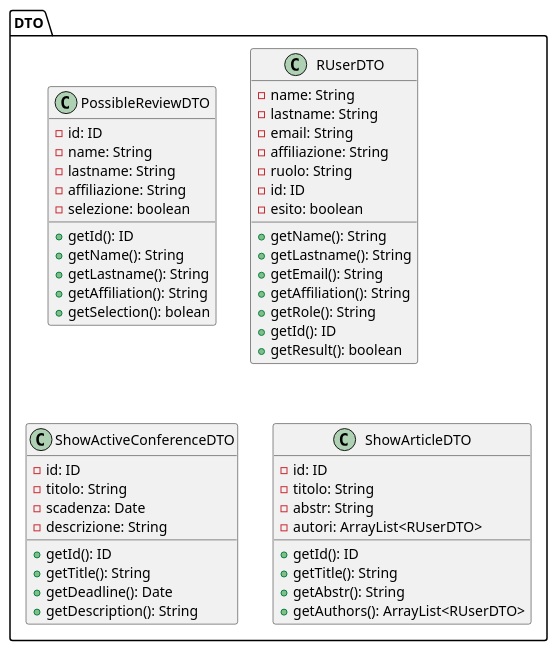
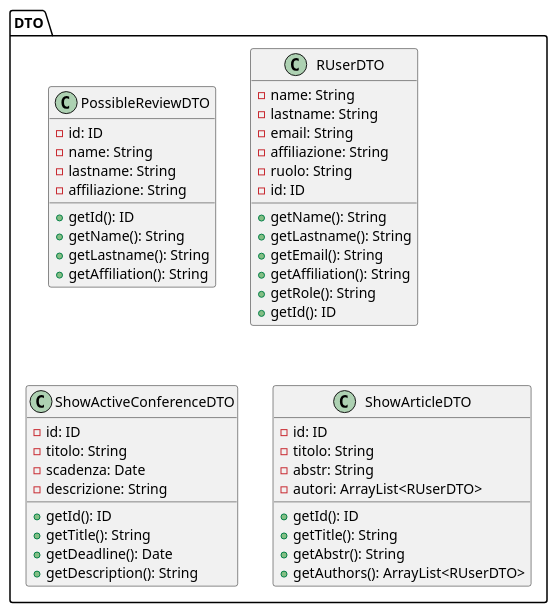
The diagram in VisualParadigm/diagramma_prg_dto.puml (Air4x/Progetto_ISW), drawn with PlantUML before and after one commit. The commit also changed 4 other files, not shown here.

```diff
--- a/VisualParadigm/diagramma_prg_dto.puml
+++ b/VisualParadigm/diagramma_prg_dto.puml
@@ -1,57 +1,53 @@
 @startuml
 package DTO{
 
     class PossibleReviewDTO {
         - id: ID 
         - name: String
         - lastname: String
         - affiliazione: String
-        - selezione: boolean
         + getId(): ID
         + getName(): String
         + getLastname(): String
         + getAffiliation(): String
-        + getSelection(): bolean
     }
 
     class RUserDTO {
         - name: String
         - lastname: String
         - email: String
         - affiliazione: String
         - ruolo: String
         - id: ID
-        - esito: boolean
         + getName(): String
         + getLastname(): String
         + getEmail(): String
         + getAffiliation(): String
         + getRole(): String
         + getId(): ID
-        + getResult(): boolean
     }
 
     class ShowActiveConferenceDTO {
         - id: ID 
         - titolo: String
         - scadenza: Date
         - descrizione: String
         + getId(): ID
         + getTitle(): String
         + getDeadline(): Date
         + getDescription(): String
     }
 
     class ShowArticleDTO {
         - id: ID 
         - titolo: String
         - abstr: String
         - autori: ArrayList<RUserDTO>
         + getId(): ID
         + getTitle(): String
         + getAbstr(): String
         +getAuthors(): ArrayList<RUserDTO>
     }
 
 }
 @enduml
```
